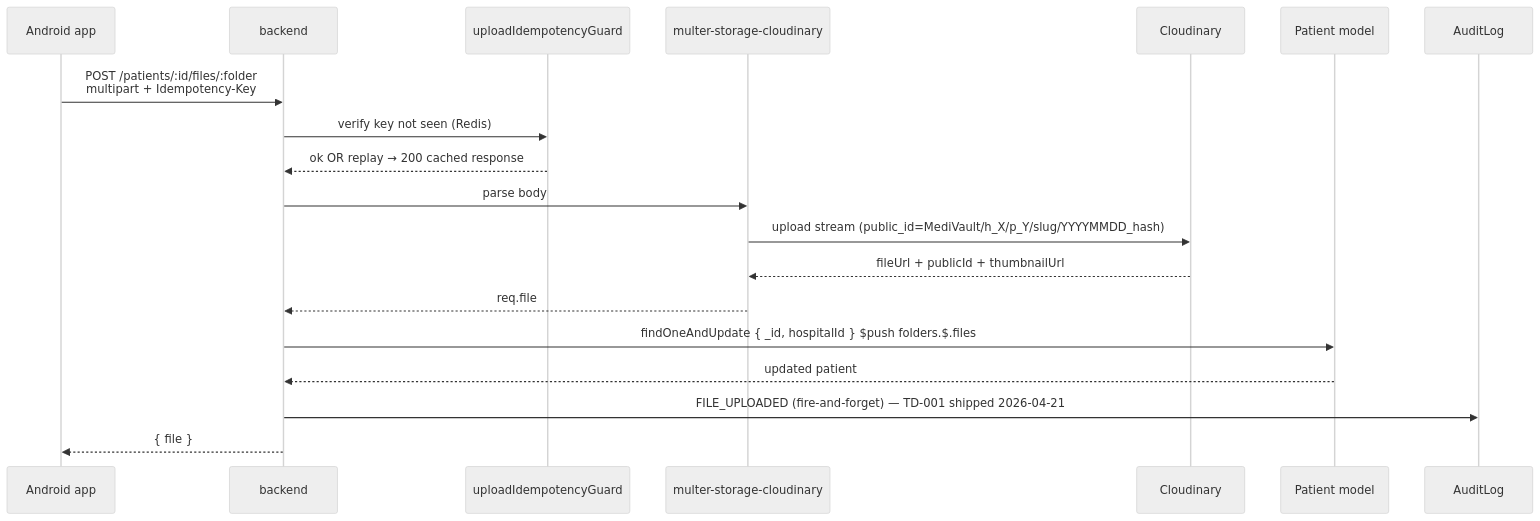
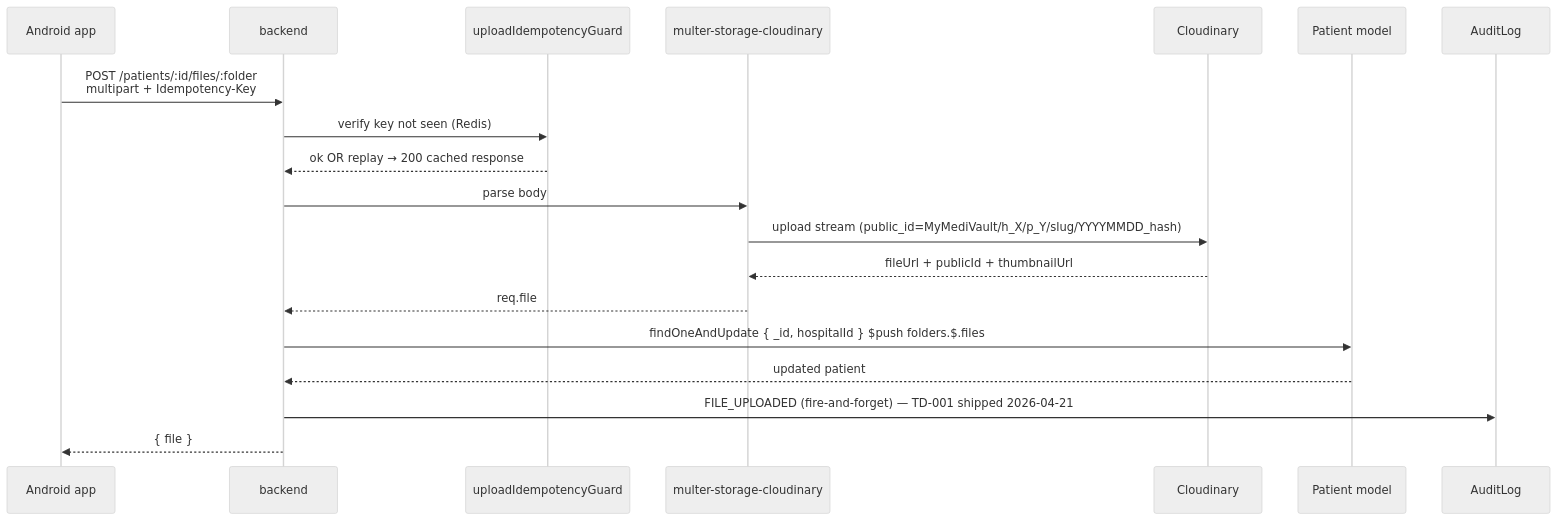
One commit to urvagandhi/Hospital-Management changed the eighth of 30 diagrams in docs/audit/03-architecture-diagrams.md. Above: the diagram before and after it, drawn with Mermaid (neutral theme). The commit also changed other lines of this file and 74 other files, not shown here.

Commit message:
chore: rebrand platform from MediVault to MyMediVault across all documentation, frontend components, and backend configurations.

````diff
--- a/docs/audit/03-architecture-diagrams.md
+++ b/docs/audit/03-architecture-diagrams.md
@@ -350,22 +350,22 @@
 ```mermaid
 sequenceDiagram
   participant M as Android app
   participant API as backend
   participant IG as uploadIdempotencyGuard
   participant MU as multer-storage-cloudinary
   participant CL as Cloudinary
   participant PT as Patient model
   participant A as AuditLog
 
   M->>API: POST /patients/:id/files/:folder<br/>multipart + Idempotency-Key
   API->>IG: verify key not seen (Redis)
   IG-->>API: ok OR replay → 200 cached response
   API->>MU: parse body
-  MU->>CL: upload stream (public_id=MediVault/h_X/p_Y/slug/YYYYMMDD_hash)
+  MU->>CL: upload stream (public_id=MyMediVault/h_X/p_Y/slug/YYYYMMDD_hash)
   CL-->>MU: fileUrl + publicId + thumbnailUrl
   MU-->>API: req.file
   API->>PT: findOneAndUpdate { _id, hospitalId } $push folders.$.files
   PT-->>API: updated patient
   API->>A: FILE_UPLOADED (fire-and-forget) — TD-001 shipped 2026-04-21
   API-->>M: { file }
 ```
````
